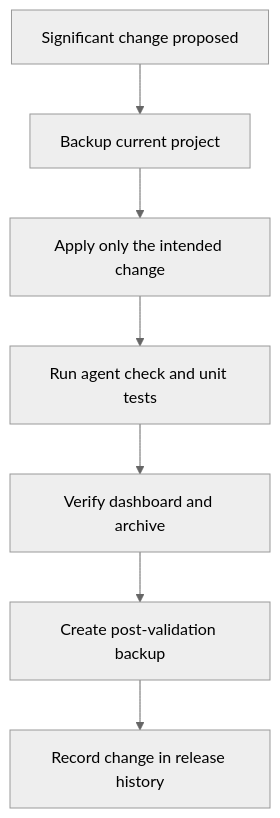
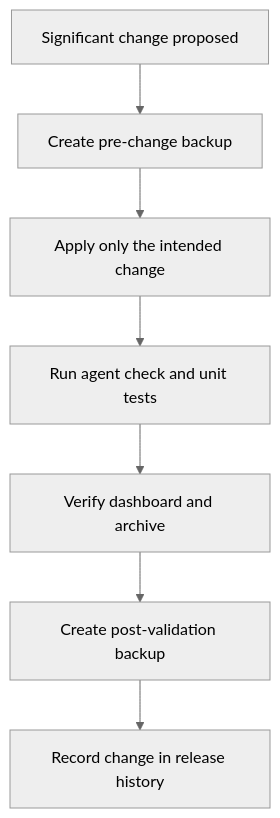
One commit to laconic-lab/projects changed the diagram in shyrka/docs/MAINTENANCE-AND-UPDATE-POLICY.md. Above: the diagram before and after it, drawn with Mermaid (neutral theme). The commit also changed other lines of this file, not shown here.

````diff
--- a/shyrka/docs/MAINTENANCE-AND-UPDATE-POLICY.md
+++ b/shyrka/docs/MAINTENANCE-AND-UPDATE-POLICY.md
@@ -38,9 +54,9 @@
 ```mermaid
 flowchart TD
-    A["Significant change proposed"] --> B["Backup current project"]
+    A["Significant change proposed"] --> B["Create pre-change backup"]
     B --> C["Apply only the intended change"]
     C --> D["Run agent check and unit tests"]
     D --> E["Verify dashboard and archive"]
     E --> F["Create post-validation backup"]
     F --> G["Record change in release history"]
 ```
````
